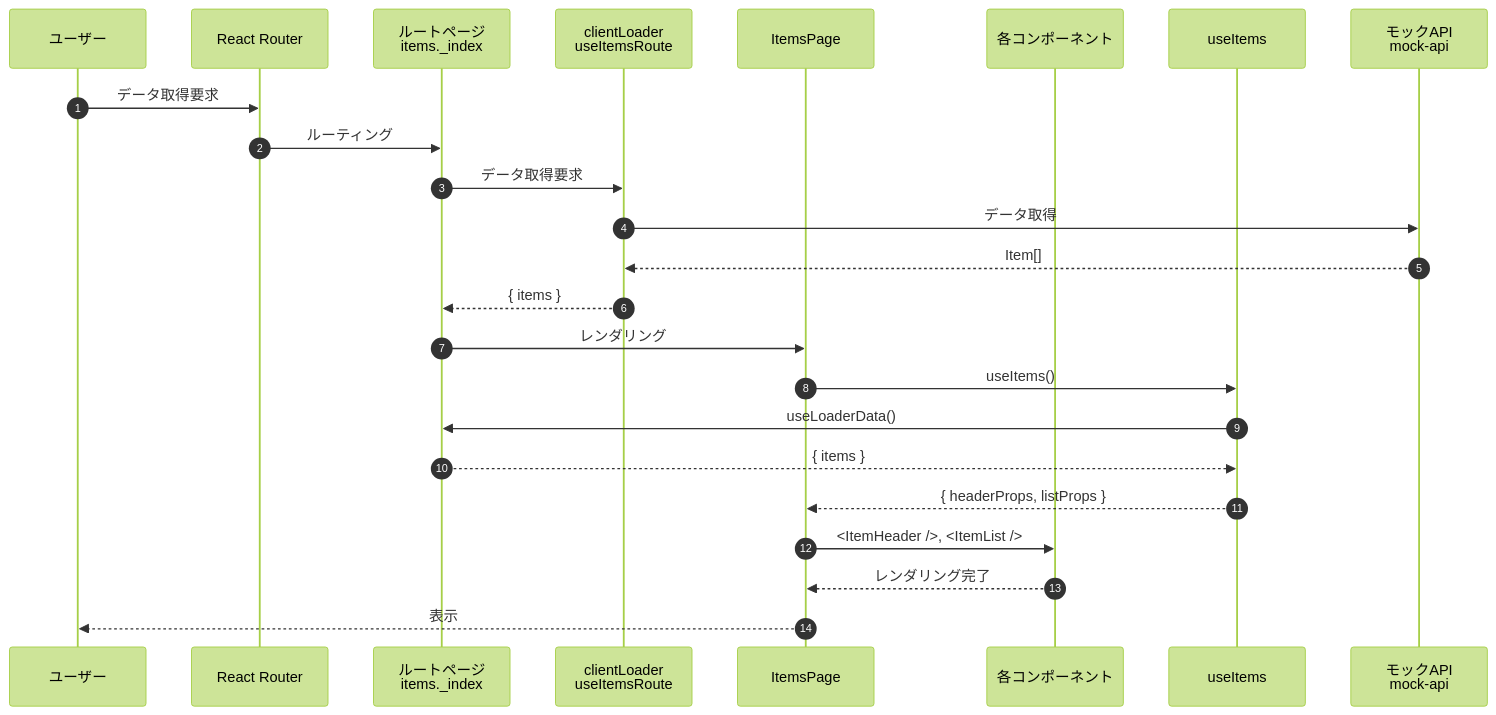
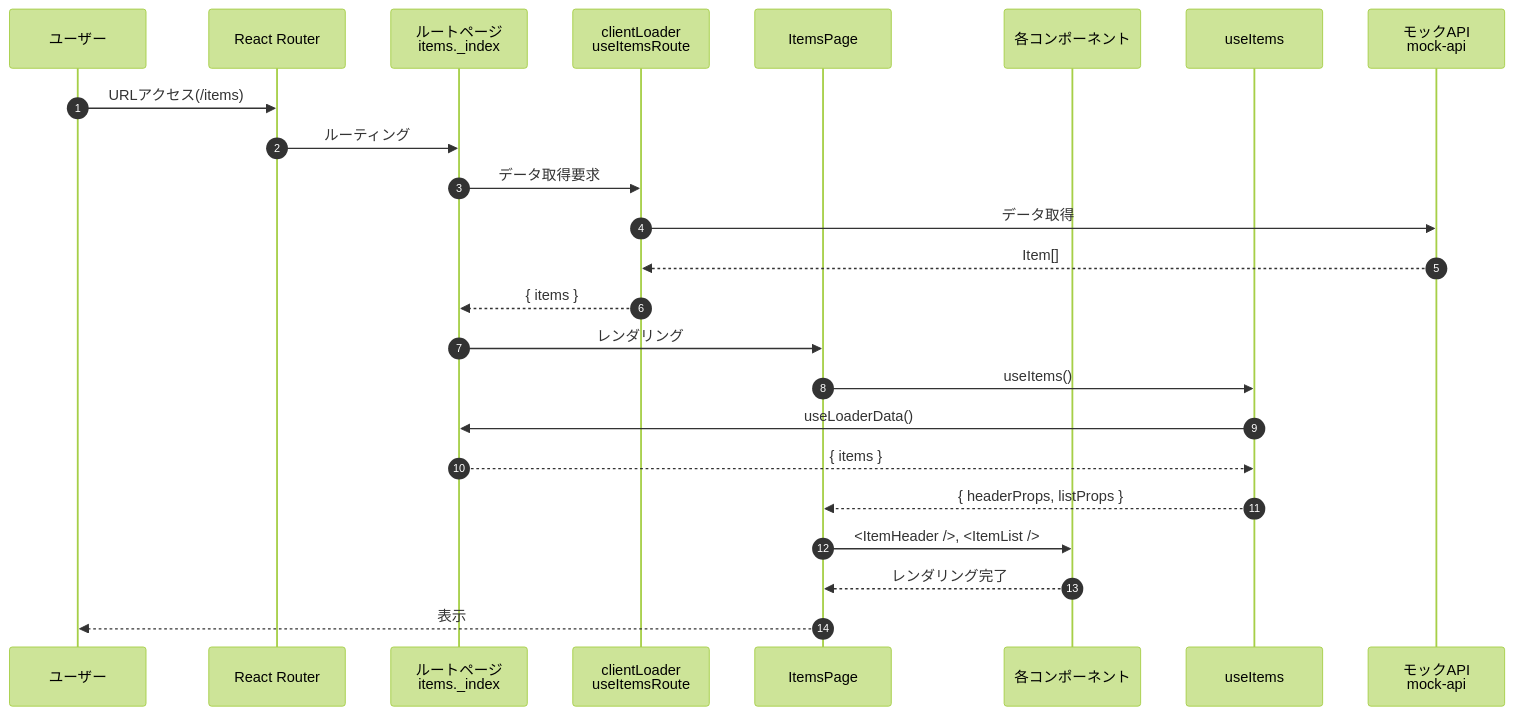
The first of 3 diagrams in docs/guide/5.サンプルアプリ実装.md (daisuke0412/react-sample), drawn with Mermaid (forest theme) before and after one commit.

Commit message:
docs: modify guides

````diff
--- a/docs/guide/5.サンプルアプリ実装.md
+++ b/docs/guide/5.サンプルアプリ実装.md
@@ -337,29 +337,29 @@
 ```mermaid
 sequenceDiagram
     autonumber
     participant user as ユーザー
     participant ReactRouter as React Router
     participant Route as ルートページ<br>items._index
     participant Loader as clientLoader<br>useItemsRoute
     participant Page as ItemsPage
     participant Components as 各コンポーネント
     participant Hook as useItems
     participant Mock as モックAPI<br>mock-api
 
-    user->>ReactRouter: データ取得要求
+    user->>ReactRouter: URLアクセス(/items)
     ReactRouter->>Route: ルーティング
     Route->>Loader: データ取得要求
     Loader->>Mock: データ取得
     Mock-->>Loader: Item[]
     Loader-->>Route: { items }
     
     Route->>Page: レンダリング
     Page->>Hook: useItems()
     Hook->>Route: useLoaderData()
     Route-->>Hook: { items }
     Hook-->>Page: { headerProps, listProps }
     
     Page->>Components: <ItemHeader />, <ItemList />
     Components-->>Page: レンダリング完了
     Page-->>user: 表示
 ```
````
